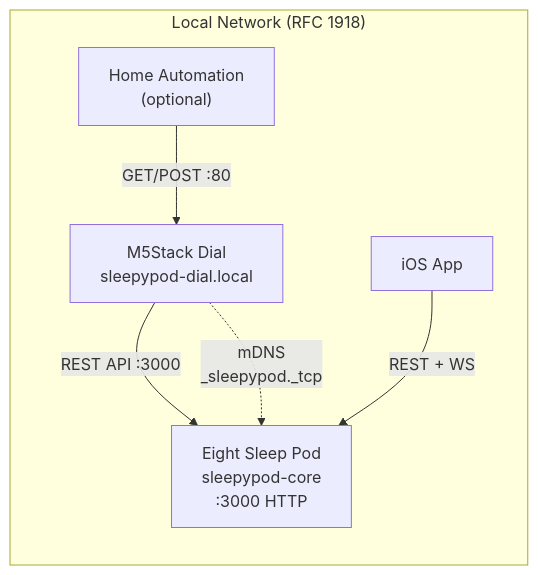
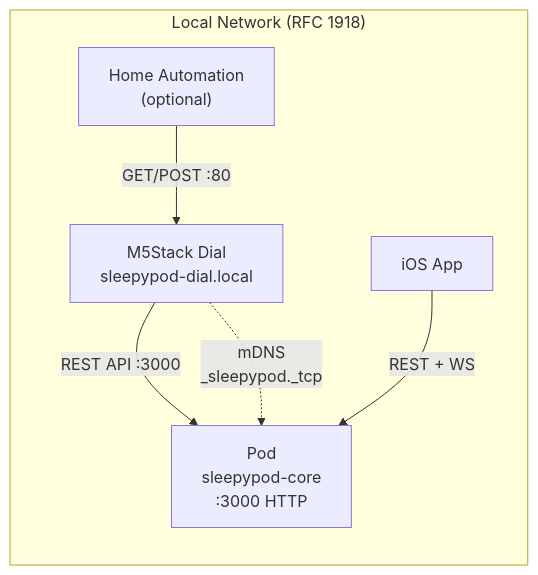
One commit to sleepypod/m5-rotary-dial changed the first of 6 diagrams in docs/architecture.md. Above: the diagram before and after it, drawn with Mermaid. The commit also changed other lines of this file and 5 other files, not shown here.

````diff
--- a/docs/architecture.md
+++ b/docs/architecture.md
@@ -11,15 +11,15 @@
 ```mermaid
 graph LR
     subgraph LAN["Local Network (RFC 1918)"]
         Dial["M5Stack Dial<br/>sleepypod-dial.local"]
-        Pod["Eight Sleep Pod<br/>sleepypod-core<br/>:3000 HTTP"]
+        Pod["Pod<br/>sleepypod-core<br/>:3000 HTTP"]
         Phone["iOS App"]
         HA["Home Automation<br/>(optional)"]
     end
 
     Dial -- "REST API :3000" --> Pod
     Phone -- "REST + WS" --> Pod
     HA -- "GET/POST :80" --> Dial
 
     Dial -. "mDNS<br/>_sleepypod._tcp" .-> Pod
 ```
````
